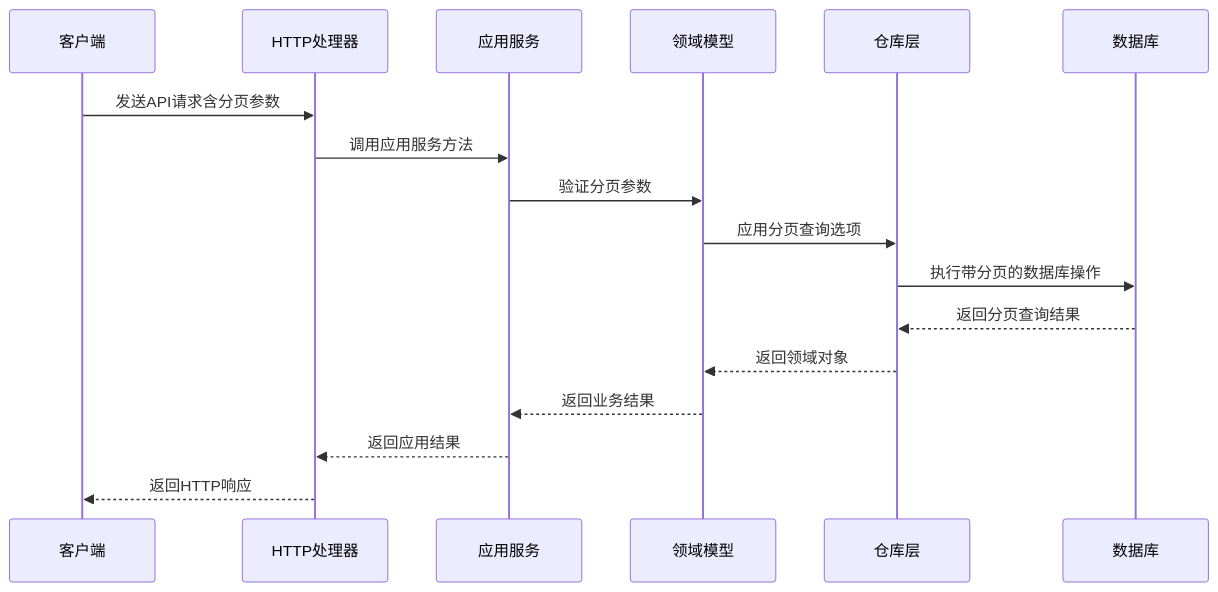
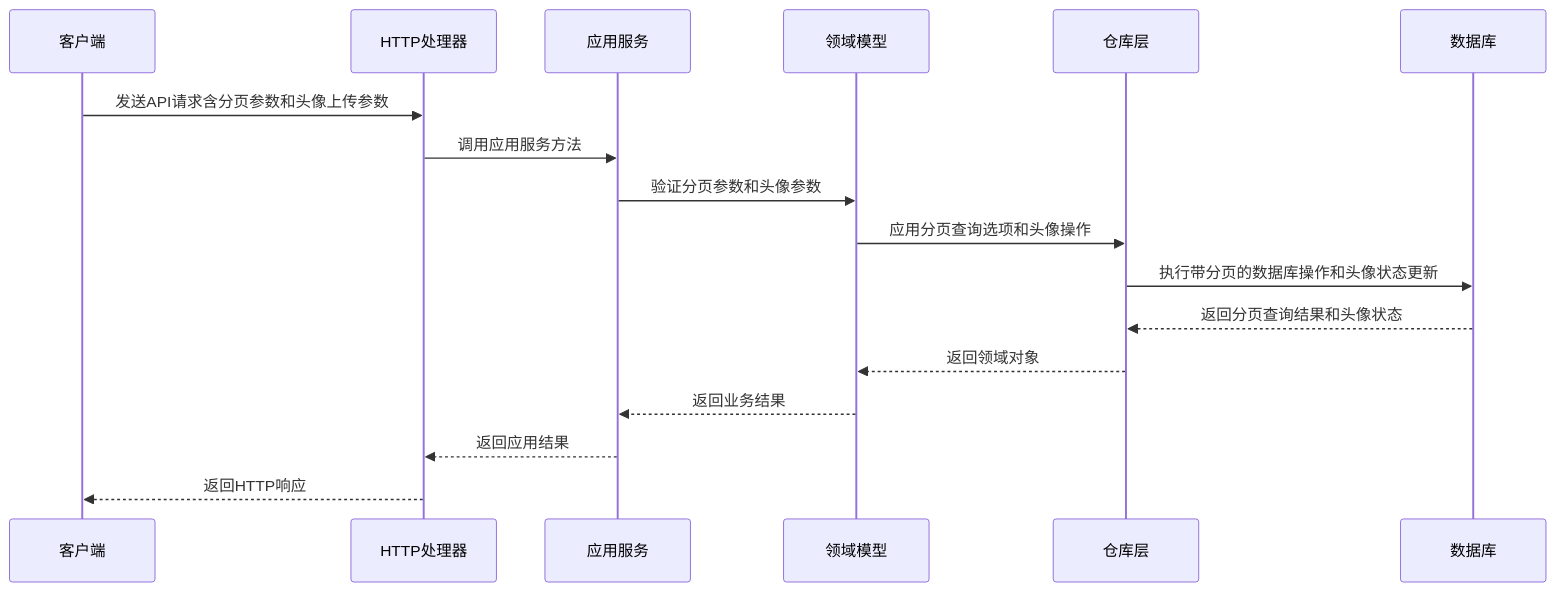
One commit to ATOMLubover/poprako changed the second of 6 diagrams in .qoder/repowiki/zh/content/API 接口文档/团队管理接口.md. Above: the diagram before and after it, drawn with Mermaid. The commit also changed other lines of this file and 5 other files, not shown here.

````diff
--- a/.qoder/repowiki/zh/content/API 接口文档/团队管理接口.md
+++ b/.qoder/repowiki/zh/content/API 接口文档/团队管理接口.md
@@ -134,19 +149,19 @@
 ```mermaid
 sequenceDiagram
 participant Client as 客户端
 participant HTTP as HTTP处理器
 participant App as 应用服务
 participant Domain as 领域模型
 participant Repo as 仓库层
 participant DB as 数据库
-Client->>HTTP : 发送API请求含分页参数
+Client->>HTTP : 发送API请求含分页参数和头像上传参数
 HTTP->>App : 调用应用服务方法
-App->>Domain : 验证分页参数
-Domain->>Repo : 应用分页查询选项
-Repo->>DB : 执行带分页的数据库操作
-DB-->>Repo : 返回分页查询结果
+App->>Domain : 验证分页参数和头像参数
+Domain->>Repo : 应用分页查询选项和头像操作
+Repo->>DB : 执行带分页的数据库操作和头像状态更新
+DB-->>Repo : 返回分页查询结果和头像状态
 Repo-->>Domain : 返回领域对象
 Domain-->>App : 返回业务结果
 App-->>HTTP : 返回应用结果
 HTTP-->>Client : 返回HTTP响应
 ```
````
